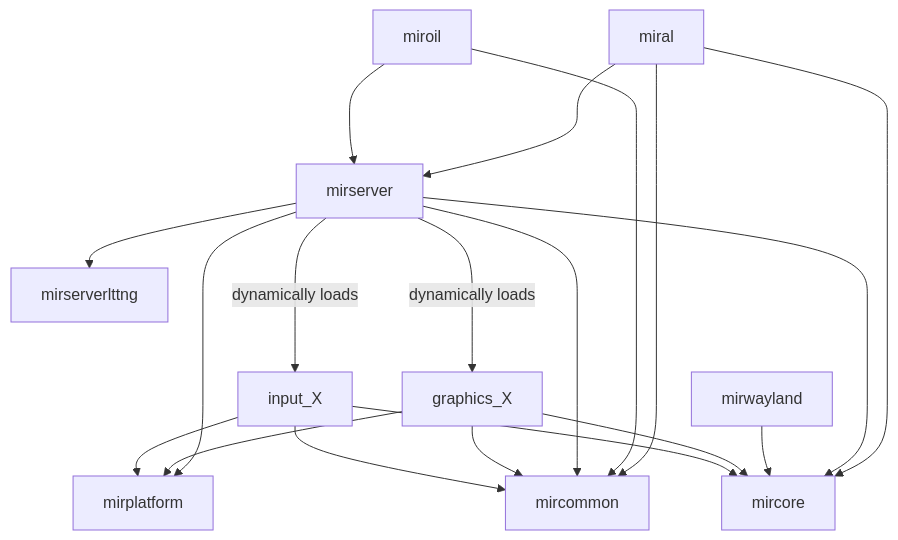
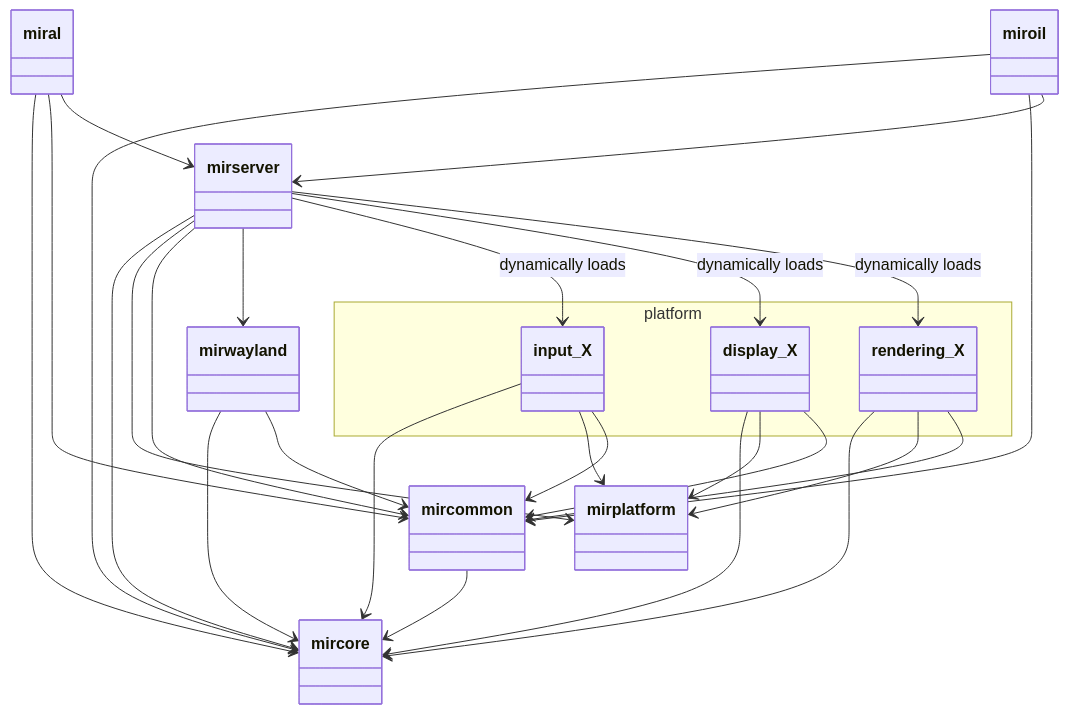
One commit to canonical/mir changed the diagram in doc/sphinx/explanation/libraries.mmd. Above: the diagram before and after it, drawn with Mermaid. The commit also changed 1 other file, not shown here.

```diff
--- a/doc/sphinx/explanation/libraries.mmd
+++ b/doc/sphinx/explanation/libraries.mmd
@@ -1,19 +1,37 @@
-flowchart
-    miral ---> mirserver
-    miral ---> mircommon
-    miral ---> mircore
-    miroil ---> mirserver
+classDiagram
+    mircommon --> mircore
+    mirwayland --> mircore
+    miral --> mircore
+    miroil --> mircore
+    mirserver --> mircore
+    input_X --> mircore
+    display_X --> mircore
+    rendering_X --> mircore
+
+    mirserver --> mirplatform
+    input_X --> mirplatform
+    display_X --> mirplatform
+    rendering_X --> mirplatform
+
+    mirwayland --> mircommon
+    mirserver --> mircommon
+    miral --> mircommon
     miroil --> mircommon
-    mirserver --> mirplatform
-    mirserver --> mircommon
-    mirserver --> mirserverlttng
-    mirserver --> mircore
-    mirserver --->|dynamically loads|graphics_X
-    mirserver --->|dynamically loads|input_X
-    mirwayland --> mircore
-    graphics_X --> mirplatform
-    graphics_X --> mircommon
-    graphics_X --> mircore
-    input_X --> mirplatform
     input_X --> mircommon
-    input_X --> mircore
+    display_X --> mircommon
+    rendering_X --> mircommon
+
+    mirserver --> mirwayland
+
+    mirserver --> input_X: dynamically loads
+    mirserver --> display_X: dynamically loads
+    mirserver --> rendering_X: dynamically loads
+
+    miral --> mirserver
+    miroil --> mirserver
+
+    namespace platform {
+        class input_X
+        class display_X
+        class rendering_X
+    }
```
